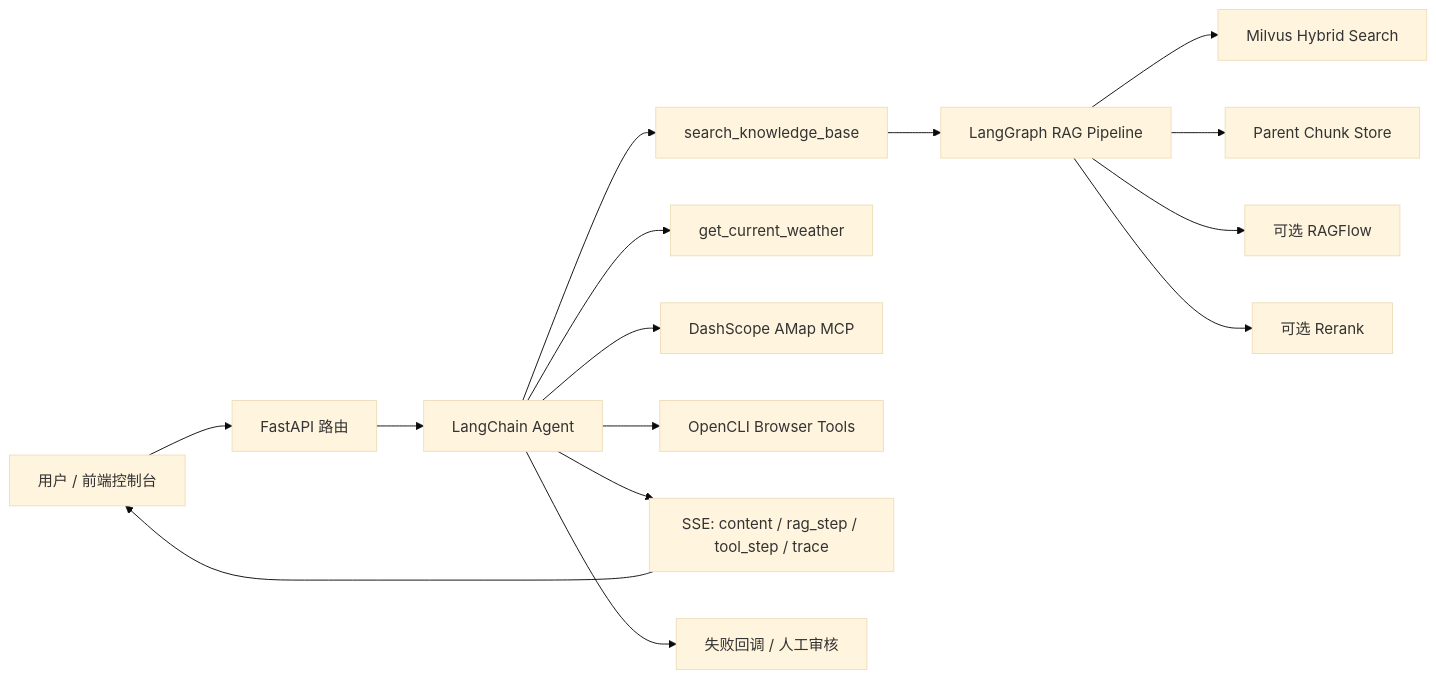
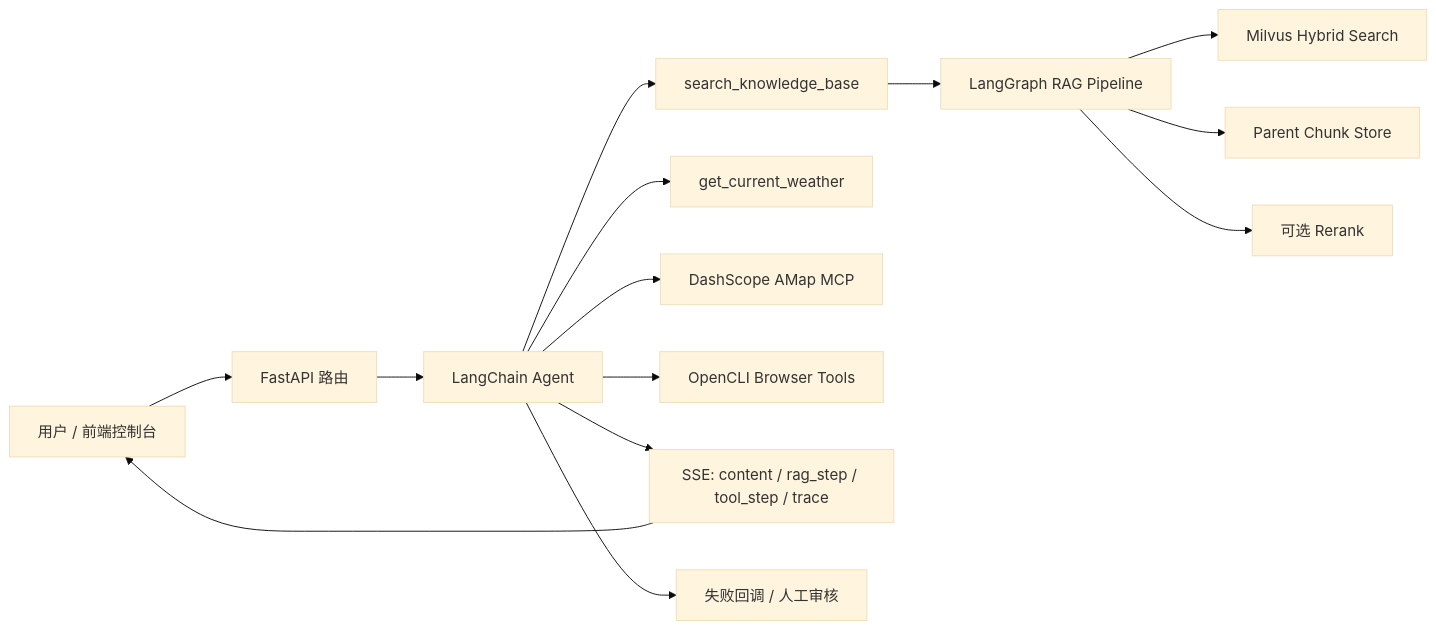
Before and after one commit to ichliebewxy/Agent_Console: the diagram in README.md, drawn with Mermaid (base theme). The commit also changed other lines of this file and 18 other files, not shown here.

````diff
--- a/README.md
+++ b/README.md
@@ -33,17 +43,16 @@
 ```mermaid
 flowchart LR
   U["用户 / 前端控制台"] --> API["FastAPI 路由"]
   API --> Agent["LangChain Agent"]
   Agent --> KB["search_knowledge_base"]
   Agent --> Weather["get_current_weather"]
   Agent --> AMap["DashScope AMap MCP"]
   Agent --> Browser["OpenCLI Browser Tools"]
   KB --> RAG["LangGraph RAG Pipeline"]
   RAG --> Milvus["Milvus Hybrid Search"]
   RAG --> Parent["Parent Chunk Store"]
-  RAG --> RAGFlow["可选 RAGFlow"]
   RAG --> Rerank["可选 Rerank"]
   Agent --> SSE["SSE: content / rag_step / tool_step / trace"]
   SSE --> U
   Agent --> Ops["失败回调 / 人工审核"]
 ```
````
